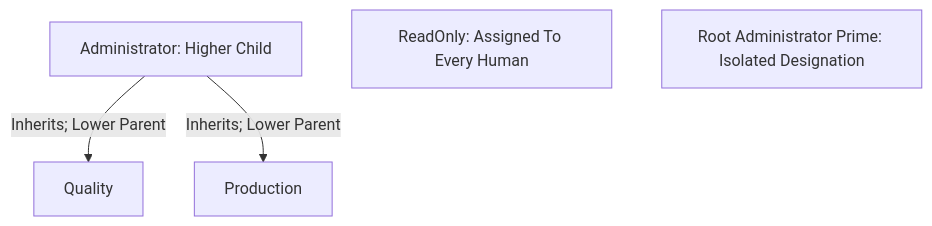
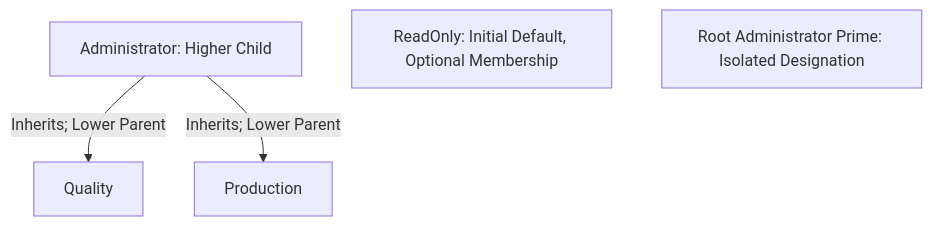
Before and after one commit to vscheff/confastDB: the diagram in docs/authorization-design.md, drawn with Mermaid. The commit also changed other lines of this file and 192 other files, not shown here.

````diff
--- a/docs/authorization-design.md
+++ b/docs/authorization-design.md
@@ -71,7 +81,7 @@
 ```mermaid
 graph TD
     A[Administrator: Higher Child] -->|Inherits; Lower Parent| Q[Quality]
     A -->|Inherits; Lower Parent| P[Production]
-    R[ReadOnly: Assigned To Every Human]
+    R[ReadOnly: Initial Default, Optional Membership]
     Root[Root Administrator Prime: Isolated Designation]
 ```
````
